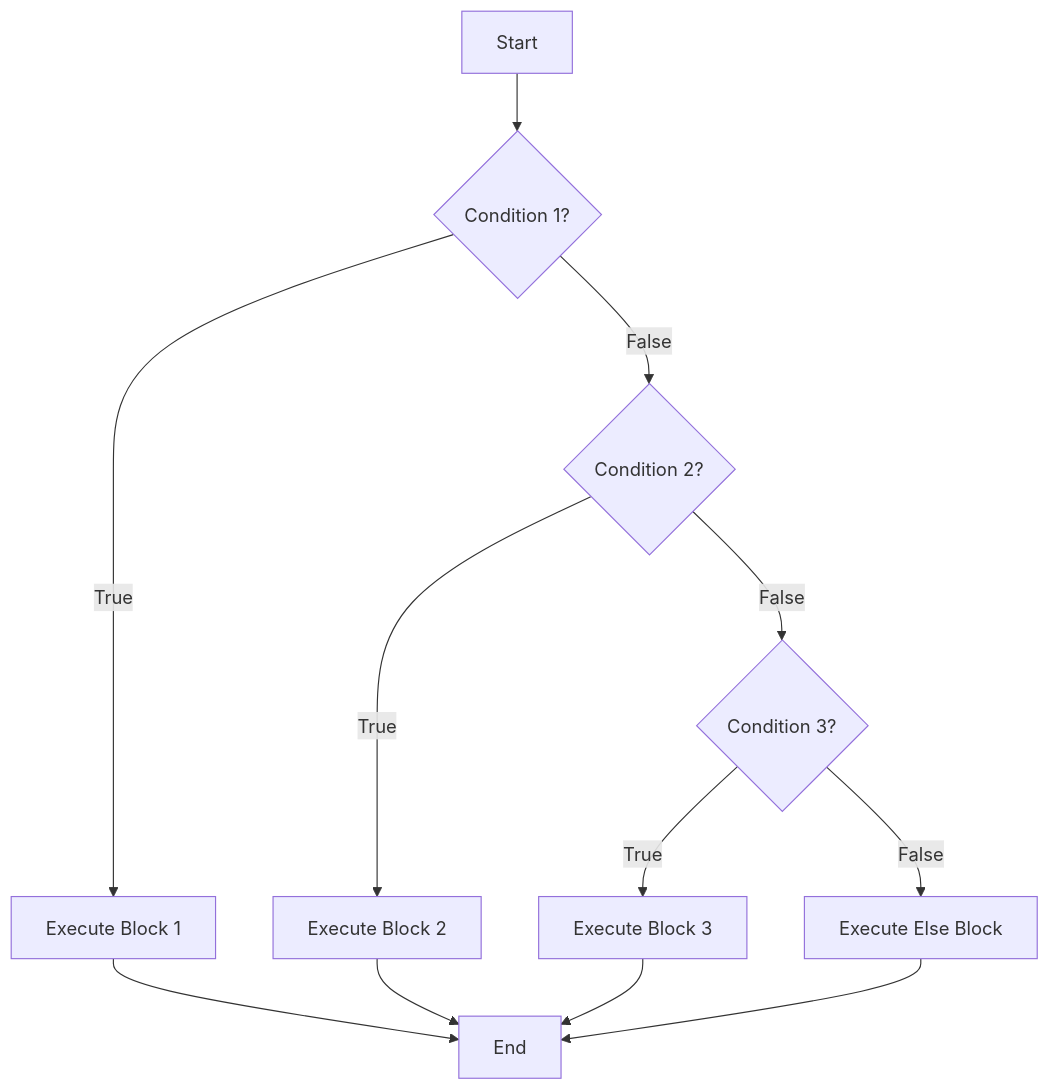
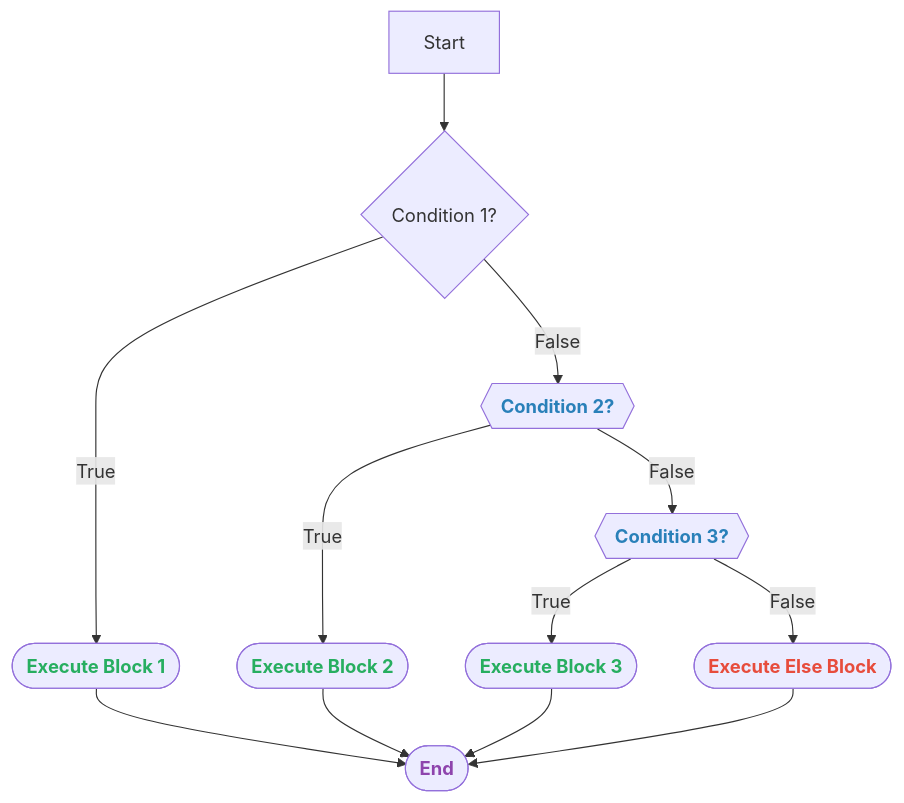
Before and after one commit to infoyouth/infoyouth.github.io: the third of 4 diagrams in _posts/python/2025-10-28-07.-python-control-flow---conditional-statements.md, drawn with Mermaid. The commit also changed other lines of this file, not shown here.

````diff
--- a/_posts/python/2025-10-28-07.-python-control-flow---conditional-statements.md
+++ b/_posts/python/2025-10-28-07.-python-control-flow---conditional-statements.md
@@ -253,14 +255,14 @@
 ```mermaid
 graph TD
     A[Start] --> B{Condition 1?};
-    B -- True --> C[Execute Block 1];
-    B -- False --> D{Condition 2?};
-    D -- True --> E[Execute Block 2];
-    D -- False --> F{Condition 3?};
-    F -- True --> G[Execute Block 3];
-    F -- False --> H[Execute Else Block];
-    C --> I[End];
+    B -- True --> C([<b style='color:#27ae60'>Execute Block 1</b>]);
+    B -- False --> D{{<b style='color:#2980b9'>Condition 2?</b>}};
+    D -- True --> E([<b style='color:#27ae60'>Execute Block 2</b>]);
+    D -- False --> F{{<b style='color:#2980b9'>Condition 3?</b>}};
+    F -- True --> G([<b style='color:#27ae60'>Execute Block 3</b>]);
+    F -- False --> H([<b style='color:#e74c3c'>Execute Else Block</b>]);
+    C --> I([<b style='color:#8e44ad'>End</b>]);
     E --> I;
     G --> I;
     H --> I;
 ```
````
